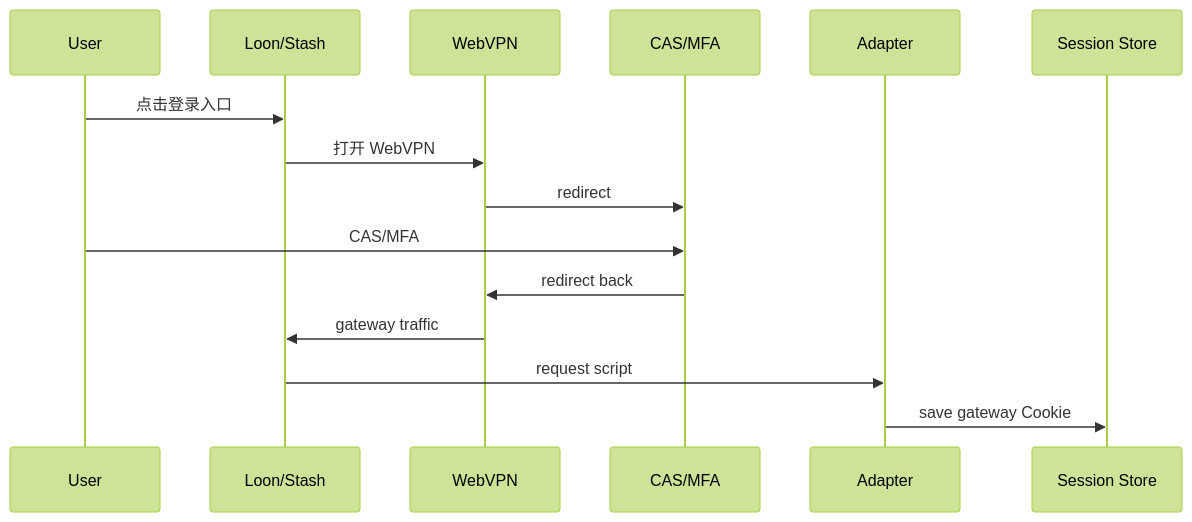
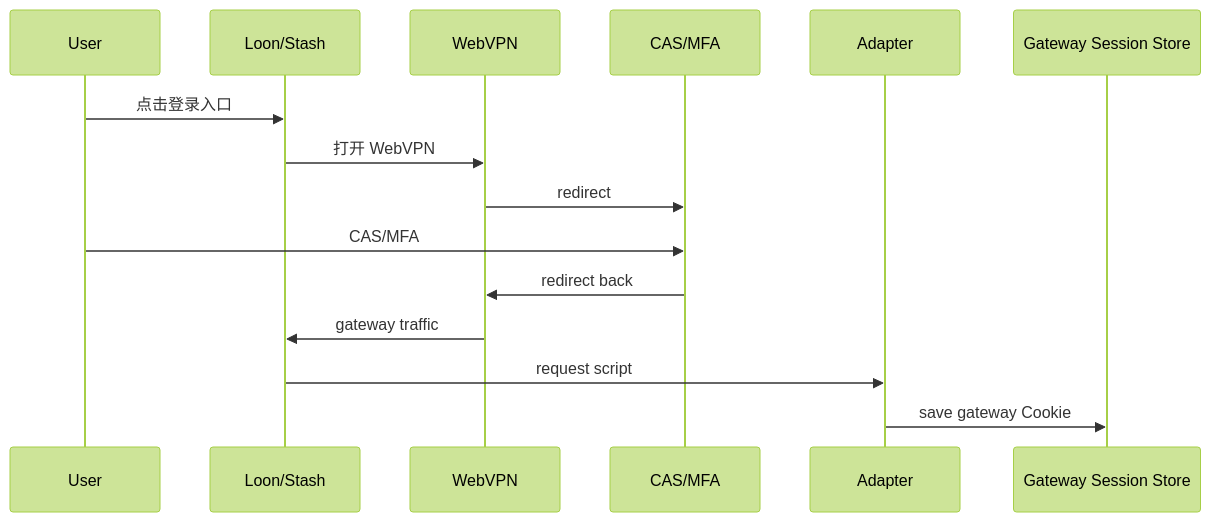
The second of 5 diagrams in specs/003-ios-proxy-client-plugins/architecture.md (cherrchen/swufe-webvpn-codec), drawn with Mermaid (forest theme) before and after one commit. The commit also changed other lines of this file and 36 other files, not shown here.

Commit message:
docs(ios-proxy): define gateway session reuse

````diff
--- a/specs/003-ios-proxy-client-plugins/architecture.md
+++ b/specs/003-ios-proxy-client-plugins/architecture.md
@@ -140,17 +140,17 @@
 ```mermaid
 sequenceDiagram
     participant U as User
     participant H as Loon/Stash
     participant W as WebVPN
     participant C as CAS/MFA
     participant A as Adapter
-    participant S as Session Store
+    participant S as Gateway Session Store
     U->>H: 点击登录入口
     H->>W: 打开 WebVPN
     W->>C: redirect
     U->>C: CAS/MFA
     C->>W: redirect back
     W->>H: gateway traffic
     H->>A: request script
     A->>S: save gateway Cookie
 ```
````
